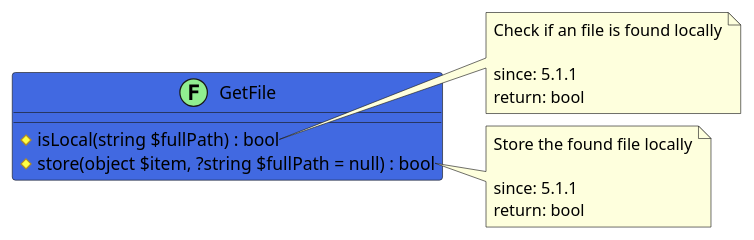
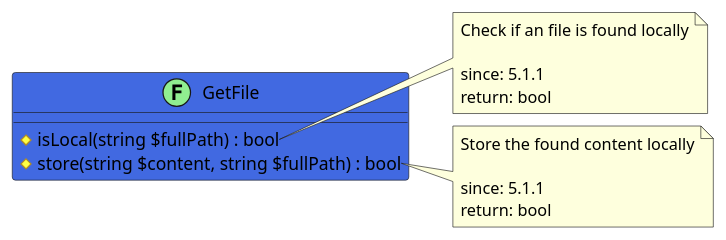
One commit to joomengine/jcb-packager changed the diagram in src/6800fbca-53a7-4908-813f-a9cd56e4ca57/README.md. Above: the diagram before and after it, drawn with PlantUML. The commit also changed 149 other files, not shown here.

````diff
--- a/src/6800fbca-53a7-4908-813f-a9cd56e4ca57/README.md
+++ b/src/6800fbca-53a7-4908-813f-a9cd56e4ca57/README.md
@@ -6,24 +6,24 @@
 ```uml
 @startuml
 
 class GetFile << (F,LightGreen) >> #RoyalBlue {
   # isLocal(string $fullPath) : bool
-  # store(object $item, ?string $fullPath = null) : bool
+  # store(string $content, string $fullPath) : bool
 }
 
 note right of GetFile::isLocal
   Check if an file is found locally
 
   since: 5.1.1
   return: bool
 end note
 
 note right of GetFile::store
-  Store the found file locally
+  Store the found content locally
 
   since: 5.1.1
   return: bool
 end note
 
 @enduml
 ```
````
